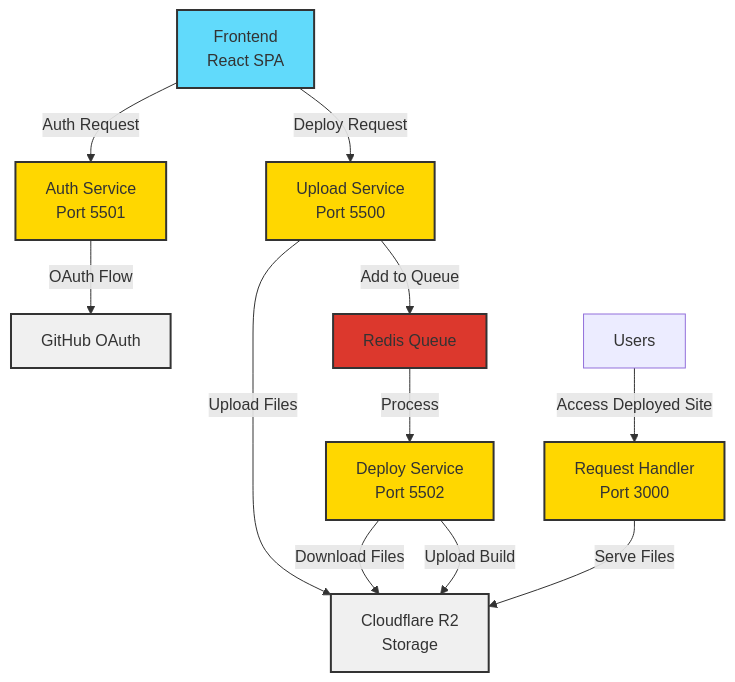
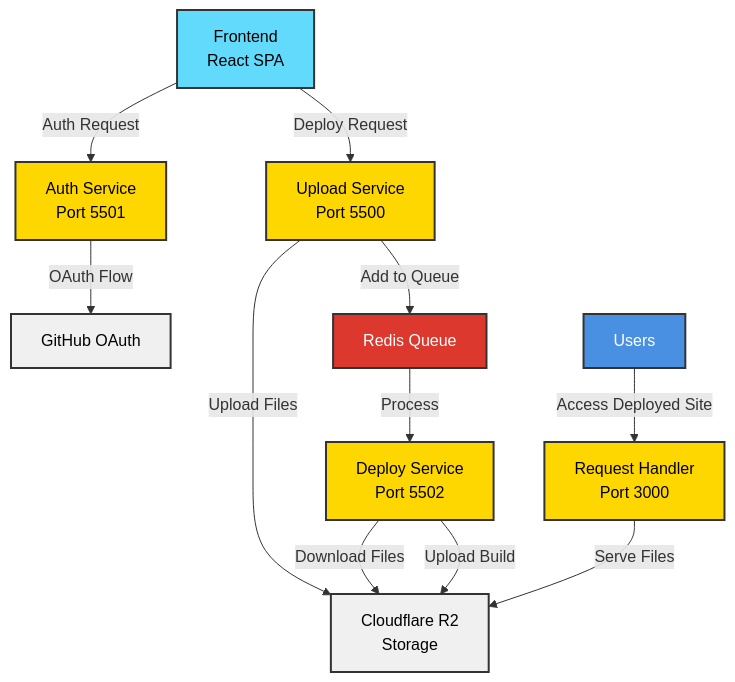
The diagram in README.md (krishnasharma4415/ShipStream), drawn with Mermaid before and after one commit. The commit also changed 12 other files, not shown here.

````diff
--- a/README.md
+++ b/README.md
@@ -48,22 +48,23 @@
 ```mermaid
 graph TD
     A[Frontend<br/>React SPA] -->|Auth Request| B[Auth Service<br/>Port 5501]
     B -->|OAuth Flow| C[GitHub OAuth]
     A -->|Deploy Request| D[Upload Service<br/>Port 5500]
     D -->|Upload Files| E[Cloudflare R2<br/>Storage]
     D -->|Add to Queue| F[Redis Queue]
     F -->|Process| G[Deploy Service<br/>Port 5502]
     G -->|Download Files| E
     G -->|Upload Build| E
     H[Request Handler<br/>Port 3000] -->|Serve Files| E
     I[Users] -->|Access Deployed Site| H
     
-    style A fill:#61dafb,stroke:#333,stroke-width:2px
-    style B fill:#ffd700,stroke:#333,stroke-width:2px
-    style D fill:#ffd700,stroke:#333,stroke-width:2px
-    style G fill:#ffd700,stroke:#333,stroke-width:2px
-    style H fill:#ffd700,stroke:#333,stroke-width:2px
-    style C fill:#f0f0f0,stroke:#333,stroke-width:2px
-    style E fill:#f0f0f0,stroke:#333,stroke-width:2px
-    style F fill:#dc382d,stroke:#333,stroke-width:2px
+    style A fill:#61dafb,stroke:#333,stroke-width:2px,color:#000
+    style B fill:#ffd700,stroke:#333,stroke-width:2px,color:#000
+    style D fill:#ffd700,stroke:#333,stroke-width:2px,color:#000
+    style G fill:#ffd700,stroke:#333,stroke-width:2px,color:#000
+    style H fill:#ffd700,stroke:#333,stroke-width:2px,color:#000
+    style C fill:#f0f0f0,stroke:#333,stroke-width:2px,color:#000
+    style E fill:#f0f0f0,stroke:#333,stroke-width:2px,color:#000
+    style F fill:#dc382d,stroke:#333,stroke-width:2px,color:#fff
+    style I fill:#4a90e2,stroke:#333,stroke-width:2px,color:#fff
 ```
````
